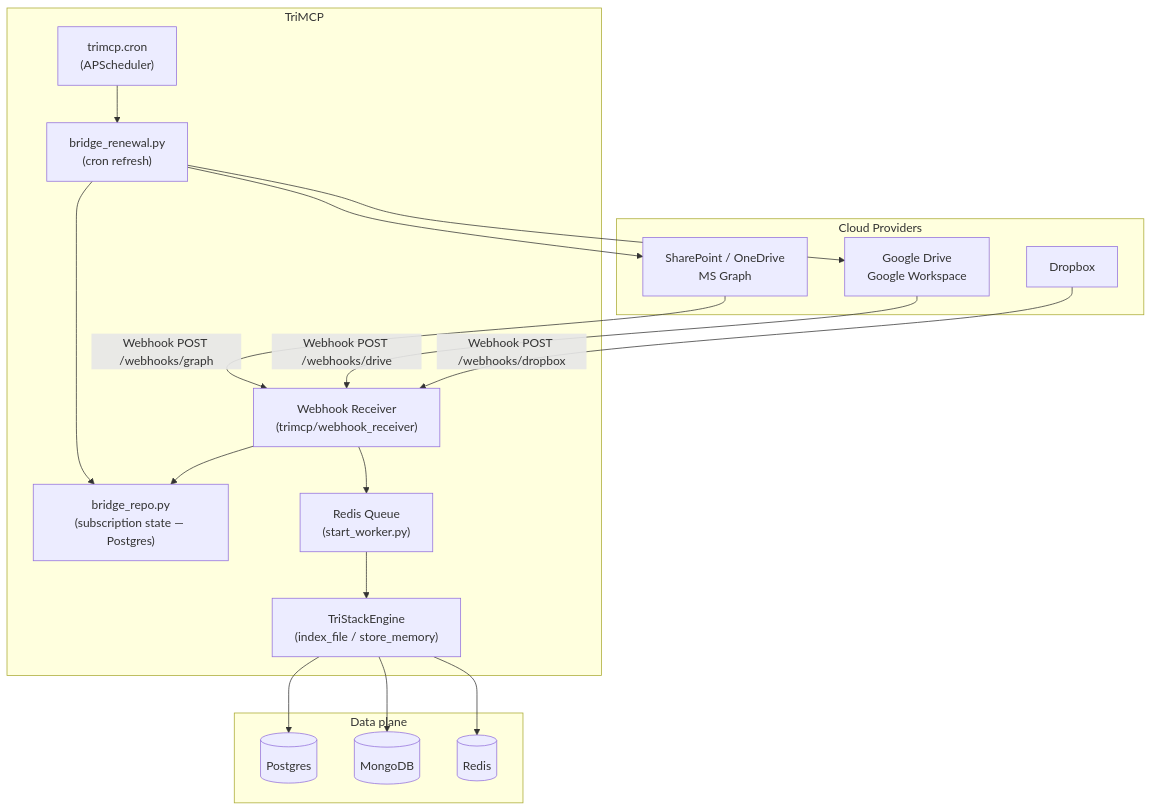
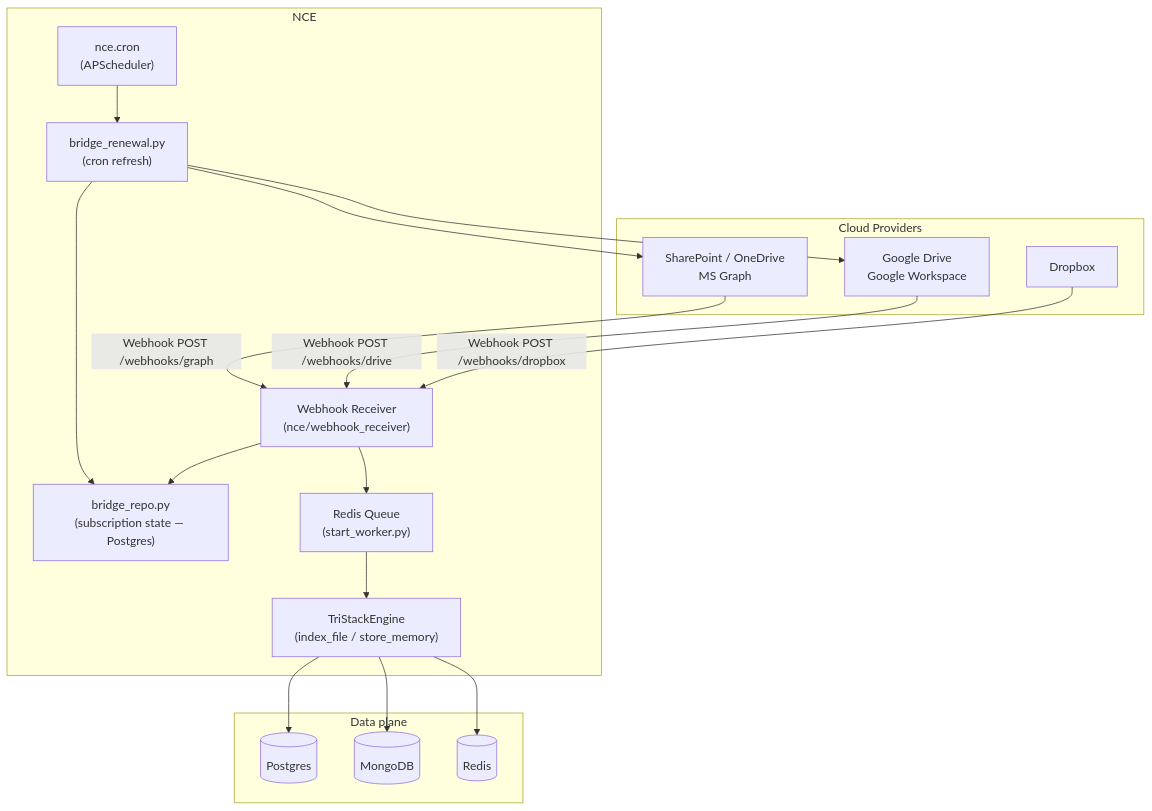
One commit to sindrehaugen/TriMCP changed the first of 5 diagrams in docs/service_integrations.md. Above: the diagram before and after it, drawn with Mermaid. The commit also changed other lines of this file and 498 other files, not shown here.

First line of the commit message:
Rebrand TriMCP → NCE (Neuro-Cognitive Engine) Phase 1

````diff
--- a/docs/service_integrations.md
+++ b/docs/service_integrations.md
@@ -15,39 +15,39 @@
 ```mermaid
 flowchart TB
   subgraph Providers["Cloud Providers"]
     SP[SharePoint / OneDrive\nMS Graph]
     GD[Google Drive\nGoogle Workspace]
     DB[Dropbox]
   end
 
-  subgraph TriMCP["TriMCP"]
-    WR["Webhook Receiver\n(trimcp/webhook_receiver)"]
+  subgraph NCE["NCE"]
+    WR["Webhook Receiver\n(nce/webhook_receiver)"]
     BRepo["bridge_repo.py\n(subscription state — Postgres)"]
     BRenew["bridge_renewal.py\n(cron refresh)"]
-    Cron["trimcp.cron\n(APScheduler)"]
+    Cron["nce.cron\n(APScheduler)"]
     TSE["TriStackEngine\n(index_file / store_memory)"]
     RQ["Redis Queue\n(start_worker.py)"]
   end
 
   subgraph Storage["Data plane"]
     PG[(Postgres)]
     MG[(MongoDB)]
     RD[(Redis)]
   end
 
   SP -- "Webhook POST /webhooks/graph" --> WR
   GD -- "Webhook POST /webhooks/drive" --> WR
   DB -- "Webhook POST /webhooks/dropbox" --> WR
 
   WR --> BRepo
   WR --> RQ
   RQ --> TSE
   TSE --> PG
   TSE --> MG
   TSE --> RD
 
   Cron --> BRenew
   BRenew --> BRepo
   BRenew --> SP
   BRenew --> GD
 ```
````
